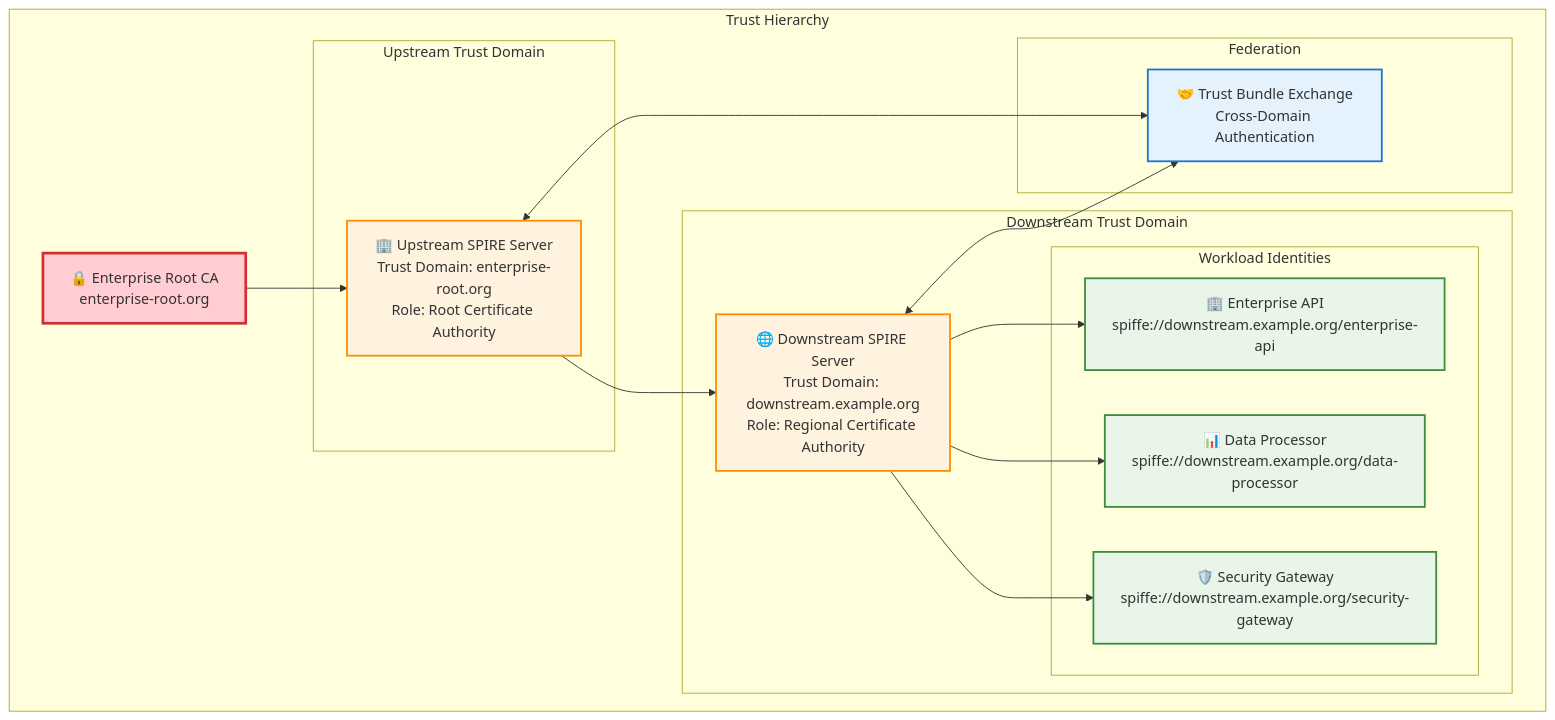
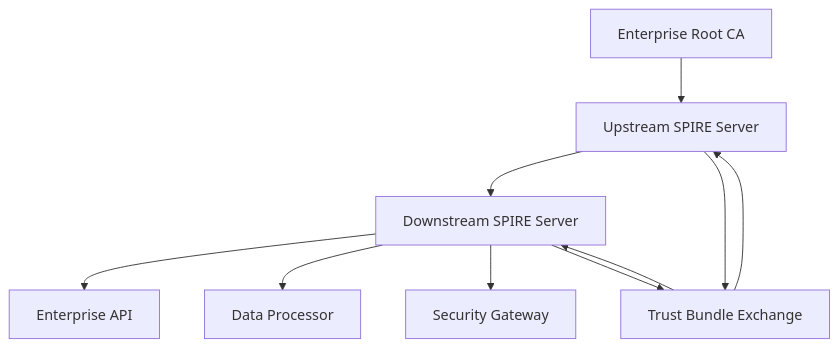
Before and after one commit to jfiser247/spire-dev: the third of 5 diagrams in docs/enterprise_architecture_diagram.md, drawn with Mermaid. The commit also changed other lines of this file and 5 other files, not shown here.

First line of the commit message:
Fix Mermaid v10.4.0 compatibility issues across all documentation

````diff
--- a/docs/enterprise_architecture_diagram.md
+++ b/docs/enterprise_architecture_diagram.md
@@ -185,42 +117,20 @@
 ```mermaid
 graph TD
-    subgraph "Trust Hierarchy"
-        ROOT[🔒 Enterprise Root CA<br/>enterprise-root.org]
-        
-        subgraph "Upstream Trust Domain"
-            US_TD[🏢 Upstream SPIRE Server<br/>Trust Domain: enterprise-root.org<br/>Role: Root Certificate Authority]
-        end
-        
-        subgraph "Downstream Trust Domain"  
-            DS_TD[🌐 Downstream SPIRE Server<br/>Trust Domain: downstream.example.org<br/>Role: Regional Certificate Authority]
-            
-            subgraph "Workload Identities"
-                EA_ID[🏢 Enterprise API<br/>spiffe://downstream.example.org/enterprise-api]
-                DP_ID[📊 Data Processor<br/>spiffe://downstream.example.org/data-processor]
-                SG_ID[🛡️ Security Gateway<br/>spiffe://downstream.example.org/security-gateway]
-            end
-        end
-        
-        subgraph "Federation"
-            FB[🤝 Trust Bundle Exchange<br/>Cross-Domain Authentication]
-        end
-    end
+    ROOT[Enterprise Root CA]
+    US_TD[Upstream SPIRE Server]
+    DS_TD[Downstream SPIRE Server]
+    EA_ID[Enterprise API]
+    DP_ID[Data Processor]
+    SG_ID[Security Gateway]
+    FB[Trust Bundle Exchange]
     
     ROOT --> US_TD
     US_TD --> DS_TD
     DS_TD --> EA_ID
     DS_TD --> DP_ID  
     DS_TD --> SG_ID
-    US_TD <--> FB
-    DS_TD <--> FB
-    
-    classDef rootCA fill:#ffcdd2,stroke:#d32f2f,stroke-width:3px,stroke-dasharray:0
-    classDef intermediate fill:#fff3e0,stroke:#ff8f00,stroke-width:2px,stroke-dasharray:0
-    classDef workloadId fill:#e8f5e8,stroke:#388e3c,stroke-width:2px,stroke-dasharray:0
-    classDef federation fill:#e3f2fd,stroke:#1976d2,stroke-width:2px,stroke-dasharray:0
-    
-    class ROOT rootCA
-    class US_TD,DS_TD intermediate
-    class EA_ID,DP_ID,SG_ID workloadId
-    class FB federation
+    US_TD --> FB
+    DS_TD --> FB
+    FB --> US_TD
+    FB --> DS_TD
 ```
````
